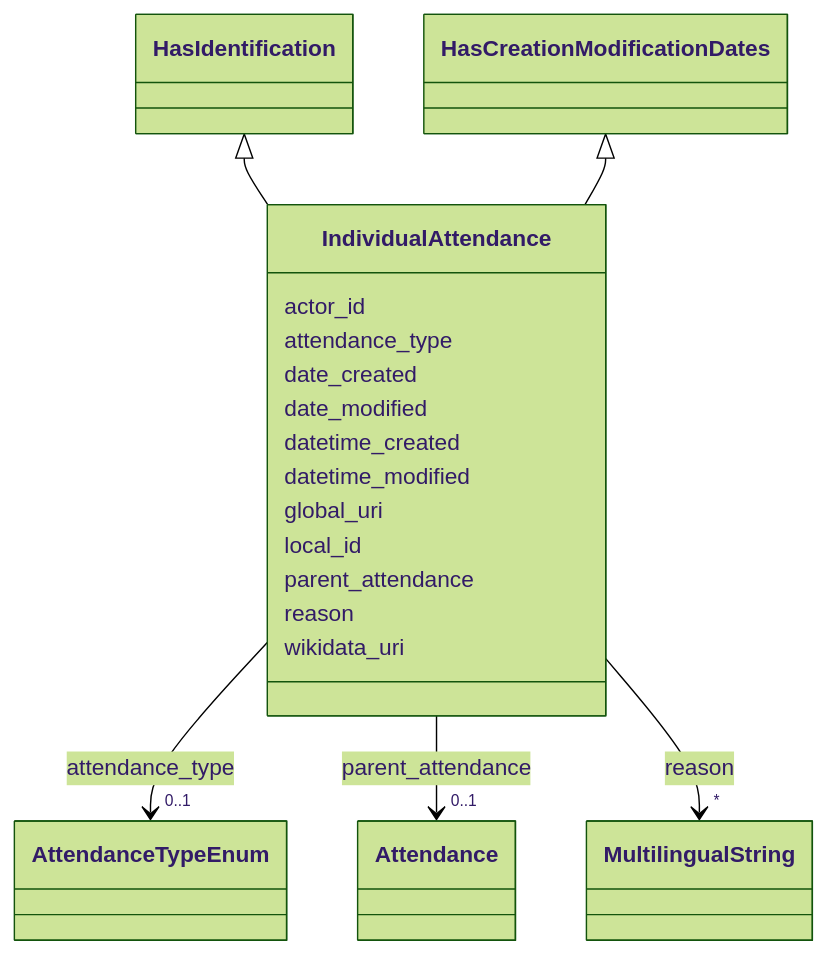
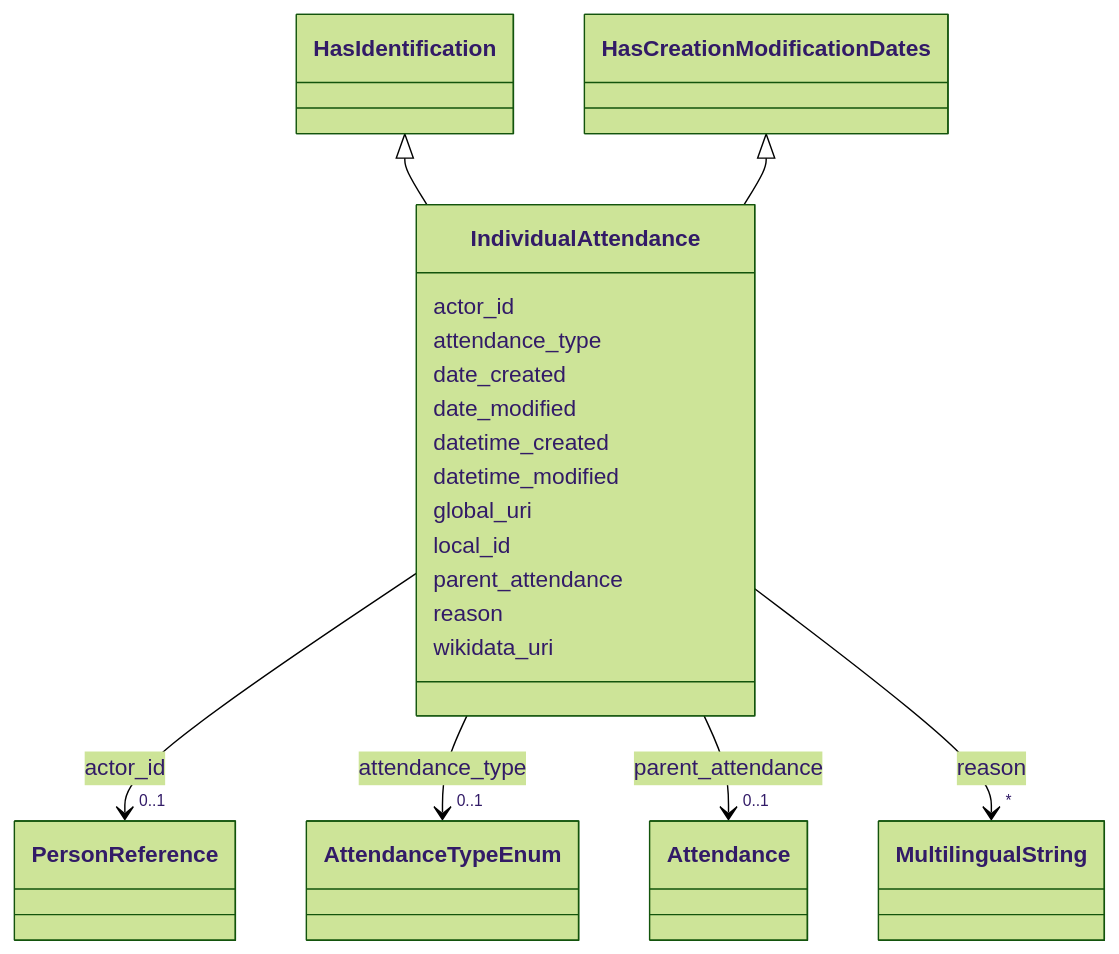
The diagram in ech-0293_operations/output/docs/IndividualAttendance.md (swiss/political-affairs-ech-group), drawn with Mermaid (forest theme) before and after one commit. The commit also changed other lines of this file and 27 other files, not shown here.

````diff
--- a/ech-0293_operations/output/docs/IndividualAttendance.md
+++ b/ech-0293_operations/output/docs/IndividualAttendance.md
@@ -27,60 +27,69 @@
 ```mermaid
  classDiagram
     class IndividualAttendance
     click IndividualAttendance href "../IndividualAttendance/"
       HasIdentification <|-- IndividualAttendance
         click HasIdentification href "../HasIdentification/"
       HasCreationModificationDates <|-- IndividualAttendance
         click HasCreationModificationDates href "../HasCreationModificationDates/"
       
       IndividualAttendance : actor_id
+        
+          
+    
+        
+        
+        IndividualAttendance --> "0..1" PersonReference : actor_id
+        click PersonReference href "../PersonReference/"
+    
+
         
       IndividualAttendance : attendance_type
         
           
     
         
         
         IndividualAttendance --> "0..1" AttendanceTypeEnum : attendance_type
         click AttendanceTypeEnum href "../AttendanceTypeEnum/"
     
 
         
       IndividualAttendance : date_created
         
       IndividualAttendance : date_modified
         
       IndividualAttendance : datetime_created
         
       IndividualAttendance : datetime_modified
         
       IndividualAttendance : global_uri
         
       IndividualAttendance : local_id
         
       IndividualAttendance : parent_attendance
         
           
     
         
         
         IndividualAttendance --> "0..1" Attendance : parent_attendance
         click Attendance href "../Attendance/"
     
 
         
       IndividualAttendance : reason
         
           
     
         
         
         IndividualAttendance --> "*" MultilingualString : reason
         click MultilingualString href "../MultilingualString/"
     
 
         
       IndividualAttendance : wikidata_uri
         
       
 ```
````
